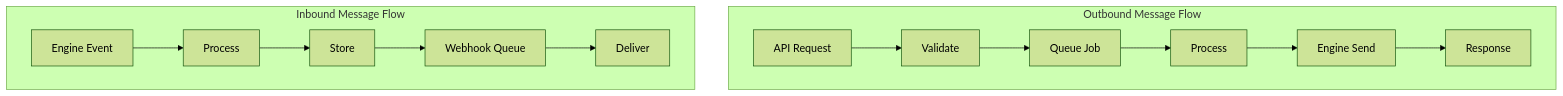
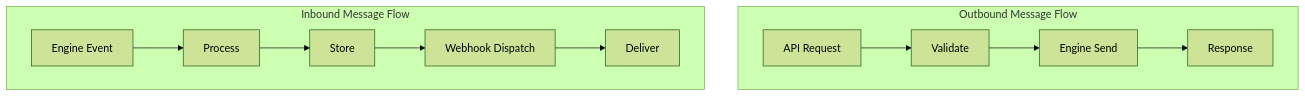
The tenth of 24 diagrams in docs/03-system-architecture.md (AntoineTROOVY/Sherlo), drawn with Mermaid (forest theme) before and after one commit. The commit also changed other lines of this file, not shown here.

First line of the commit message:
docs(architecture): draw sends as a direct engine call

````diff
--- a/docs/03-system-architecture.md
+++ b/docs/03-system-architecture.md
@@ -506,17 +506,15 @@
 ```mermaid
 flowchart TB
     subgraph Outbound["Outbound Message Flow"]
         A1[API Request] --> V1[Validate]
-        V1 --> Q1[Queue Job]
-        Q1 --> P1[Process]
-        P1 --> E1[Engine Send]
+        V1 --> E1[Engine Send]
         E1 --> R1[Response]
     end
 
     subgraph Inbound["Inbound Message Flow"]
         E2[Engine Event] --> P2[Process]
         P2 --> S2[Store]
-        S2 --> W2[Webhook Queue]
+        S2 --> W2[Webhook Dispatch]
         W2 --> D2[Deliver]
     end
 ```
````
